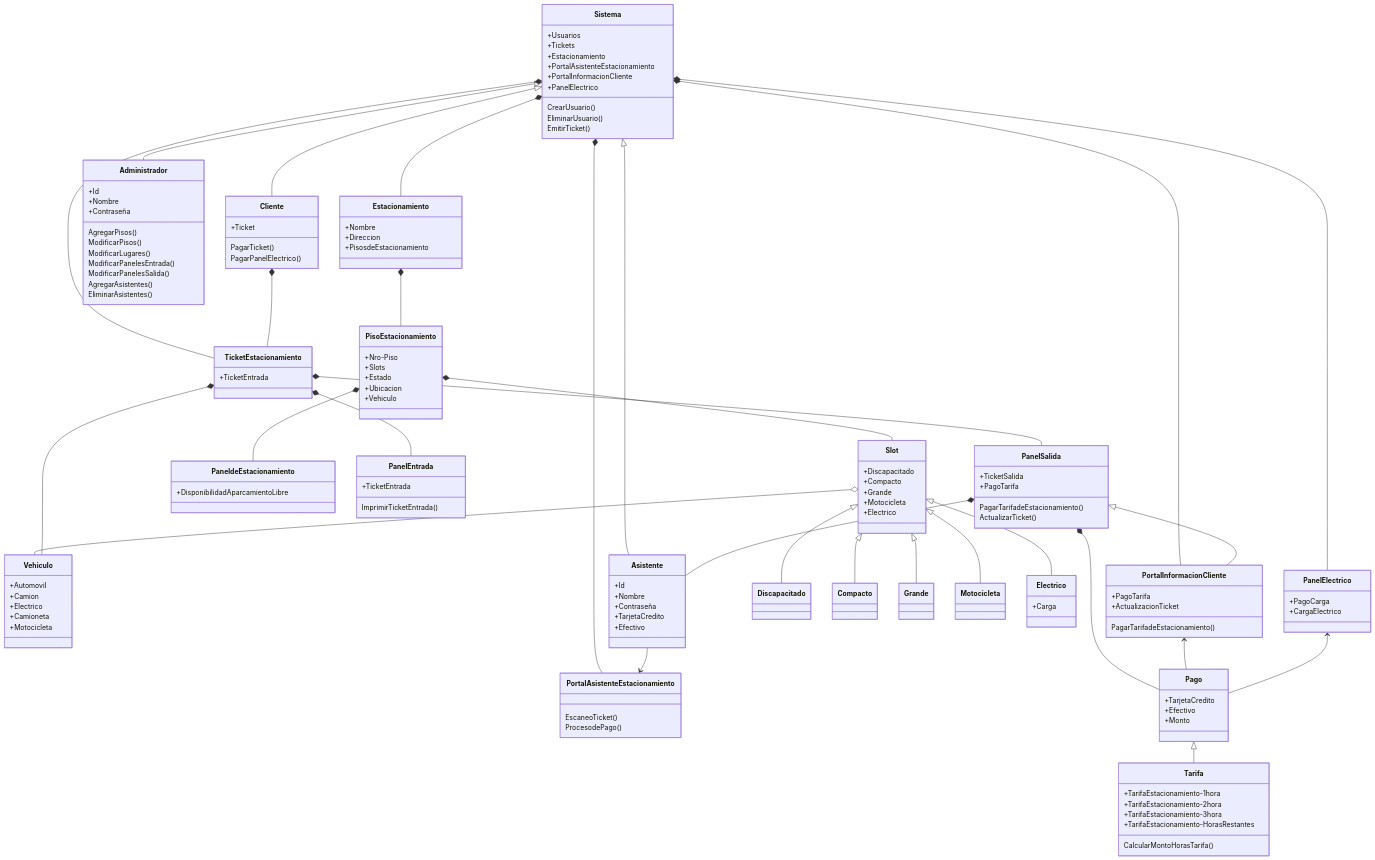
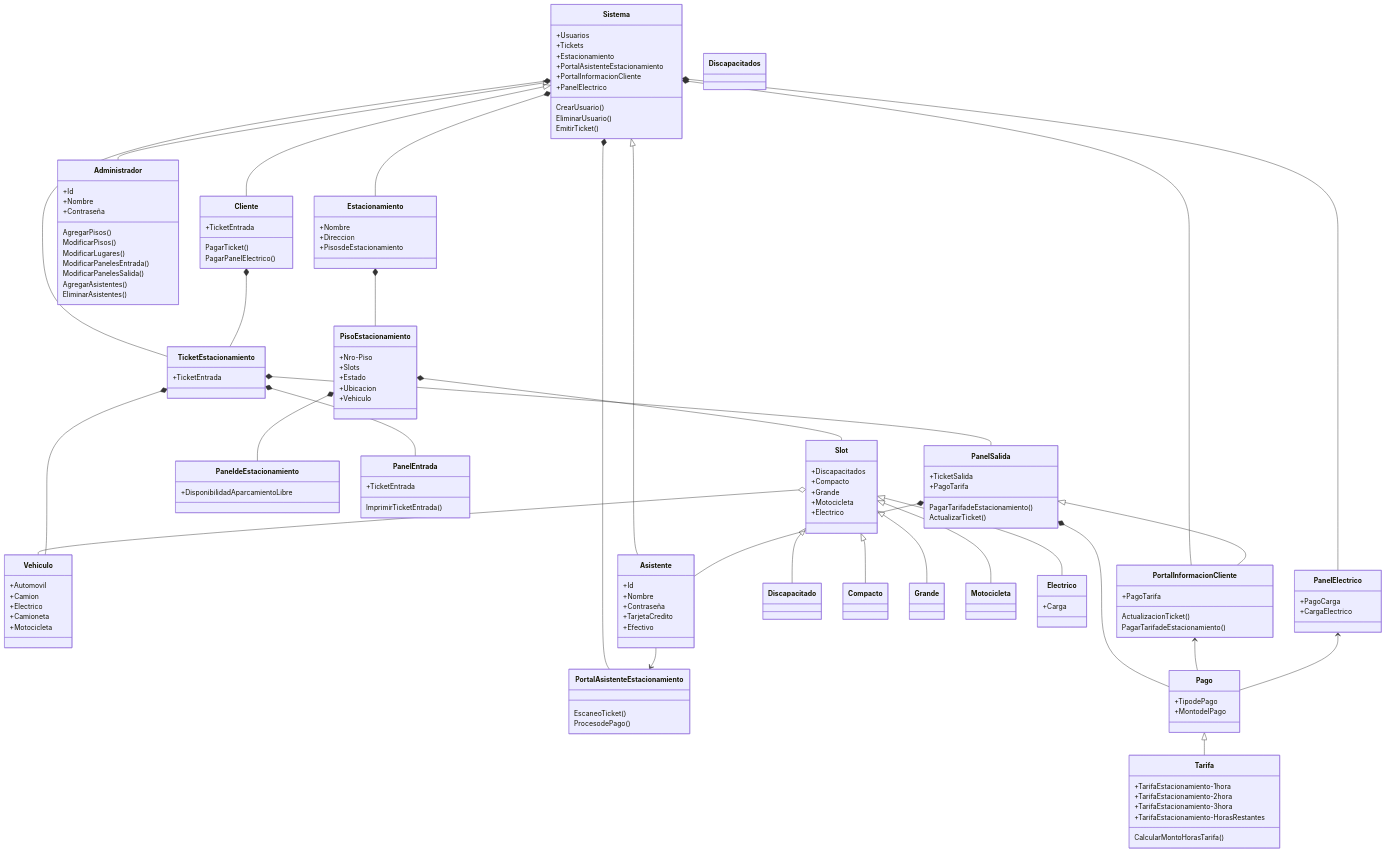
One commit to 09MauroID/Estacionamiento changed the diagram in doc/diagrama.mmd. Above: the diagram before and after it, drawn with Mermaid.

```diff
--- a/doc/diagrama.mmd
+++ b/doc/diagrama.mmd
@@ -1,152 +1,151 @@
 classDiagram
     Estacionamiento *-- PisoEstacionamiento
     PisoEstacionamiento *-- Slot
     Slot o-- Vehiculo
     PisoEstacionamiento *-- PaneldeEstacionamiento
     
     Sistema *-- Estacionamiento
     Sistema *-- TicketEstacionamiento
     Sistema *-- PortalAsistenteEstacionamiento
     Sistema *-- PortalInformacionCliente
     Sistema *-- PanelElectrico
 
     Slot <|-- Discapacitado
     Slot <|-- Compacto
     Slot <|-- Grande
     Slot <|-- Motocicleta
     Slot <|-- Electrico
     
     Sistema <|-- Administrador
     Sistema <|-- Cliente
     Sistema <|-- Asistente
     
     Asistente --> PortalAsistenteEstacionamiento
 
     Cliente *-- TicketEstacionamiento
 
     TicketEstacionamiento *-- PanelEntrada
     TicketEstacionamiento *-- PanelSalida
     TicketEstacionamiento *-- Vehiculo
 
     PanelSalida *-- Asistente
     PanelSalida *-- Pago
     PanelSalida <|-- PortalInformacionCliente    
 
     PortalInformacionCliente <-- Pago
 
     PanelElectrico <-- Pago
 
     Pago <|-- Tarifa
 
     class Sistema
     Sistema: +Usuarios
     Sistema: +Tickets
     Sistema: +Estacionamiento
     Sistema: +PortalAsistenteEstacionamiento
     Sistema: +PortalInformacionCliente
     Sistema: +PanelElectrico
     Sistema: CrearUsuario()
     Sistema: EliminarUsuario()
     Sistema: EmitirTicket()
 
     class Estacionamiento
     Estacionamiento: +Nombre
     Estacionamiento: +Direccion
     Estacionamiento: +PisosdeEstacionamiento
 
     class PisoEstacionamiento
     PisoEstacionamiento: +Nro-Piso
     PisoEstacionamiento: +Slots
     PisoEstacionamiento: +Estado
     PisoEstacionamiento: +Ubicacion
     PisoEstacionamiento: +Vehiculo
 
     class Slot
-    Slot: +Discapacitado
+    Slot: +Discapacitados
     Slot: +Compacto
     Slot: +Grande
     Slot: +Motocicleta
     Slot: +Electrico
     
-    class Discapacitado
+    class Discapacitados
 
     class Compacto
     
     class Grande
     
     class Motocicleta
     
     class Electrico
     Electrico: +Carga
 
     class Vehiculo
     Vehiculo: +Automovil
     Vehiculo: +Camion
     Vehiculo: +Electrico
     Vehiculo: +Camioneta
     Vehiculo: +Motocicleta
 
     class Administrador
     Administrador: +Id
     Administrador: +Nombre
     Administrador: +Contraseña
     Administrador: AgregarPisos()
     Administrador: ModificarPisos()
     Administrador: ModificarLugares()
     Administrador: ModificarPanelesEntrada()
     Administrador: ModificarPanelesSalida()
     Administrador: AgregarAsistentes()
     Administrador: EliminarAsistentes()
 
     class Asistente
     Asistente: +Id
     Asistente: +Nombre
     Asistente: +Contraseña
     Asistente: +TarjetaCredito
     Asistente: +Efectivo
     
     class Cliente
-    Cliente: +Ticket
+    Cliente: +TicketEntrada
     Cliente: PagarTicket()
     Cliente: PagarPanelElectrico()
 
     class TicketEstacionamiento
     TicketEstacionamiento: +TicketEntrada
 
     class PanelEntrada
     PanelEntrada: +TicketEntrada
     PanelEntrada: ImprimirTicketEntrada()
 
     class PanelSalida
     PanelSalida: +TicketSalida
     PanelSalida: +PagoTarifa
     PanelSalida: PagarTarifadeEstacionamiento()
     PanelSalida: ActualizarTicket()
 
     class Pago
-    Pago: +TarjetaCredito
-    Pago: +Efectivo
-    Pago: +Monto
+    Pago: +TipodePago
+    Pago: +MontodelPago
 
     class Tarifa
     Tarifa: +TarifaEstacionamiento-1hora
     Tarifa: +TarifaEstacionamiento-2hora
     Tarifa: +TarifaEstacionamiento-3hora
     Tarifa: +TarifaEstacionamiento-HorasRestantes
     Tarifa: CalcularMontoHorasTarifa()
 
     class PaneldeEstacionamiento
     PaneldeEstacionamiento: +DisponibilidadAparcamientoLibre
 
     class PortalAsistenteEstacionamiento
     PortalAsistenteEstacionamiento: EscaneoTicket()
     PortalAsistenteEstacionamiento: ProcesodePago()
 
     class PortalInformacionCliente
     PortalInformacionCliente: +PagoTarifa
-    PortalInformacionCliente: +ActualizacionTicket
+    PortalInformacionCliente: ActualizacionTicket()
     PortalInformacionCliente: PagarTarifadeEstacionamiento()
 
     class PanelElectrico
     PanelElectrico: +PagoCarga
     PanelElectrico: +CargaElectrico
```
